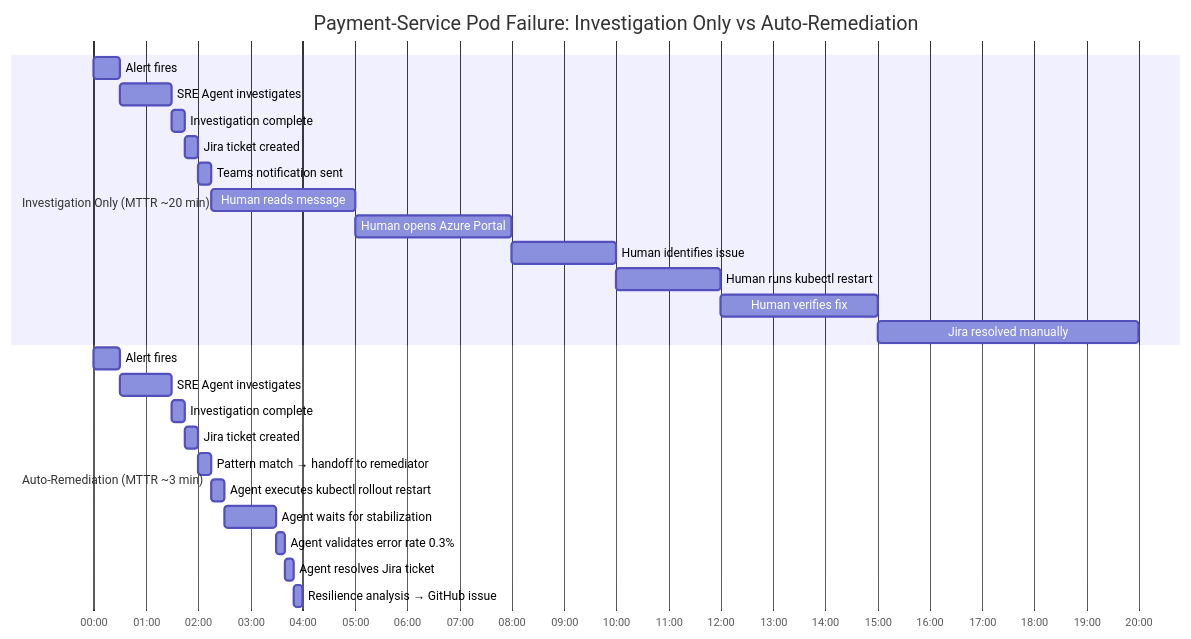
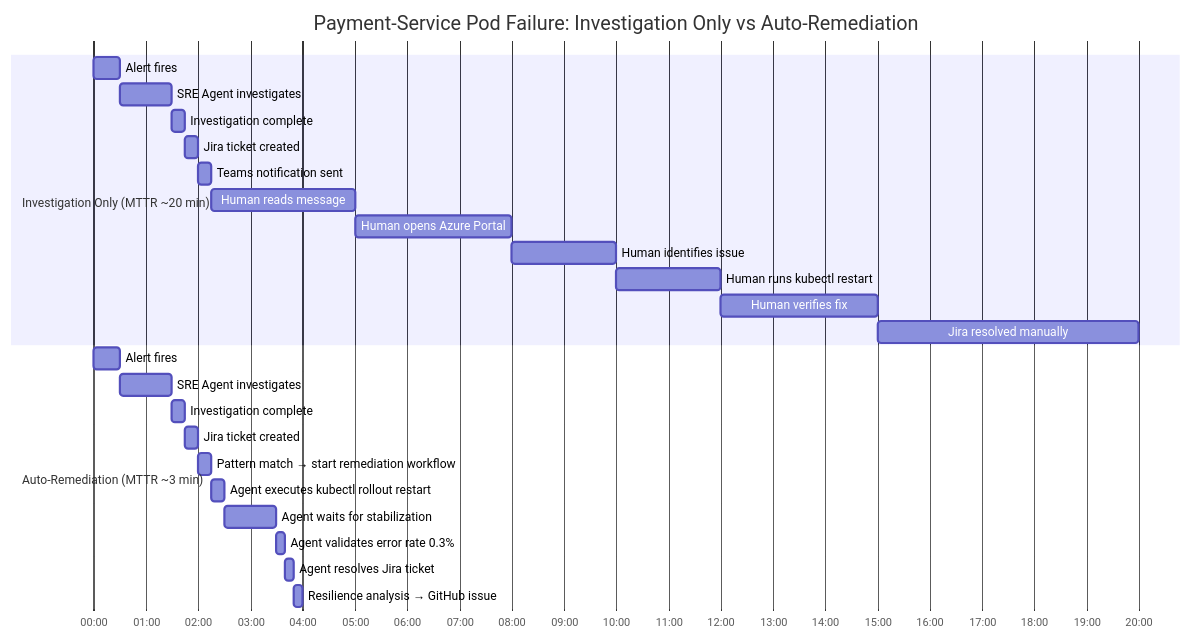
The third of 3 diagrams in docs/auto-remediation-proposal.md (san360/azure-sre), drawn with Mermaid before and after one commit. The commit also changed other lines of this file and 12 other files, not shown here.

First line of the commit message:
Refactor auto-remediation proposal and incident response architecture

````diff
--- a/docs/auto-remediation-proposal.md
+++ b/docs/auto-remediation-proposal.md
@@ -513,31 +507,31 @@
 ```mermaid
 gantt
     title Payment-Service Pod Failure: Investigation Only vs Auto-Remediation
     dateFormat  mm:ss
     axisFormat  %M:%S
 
     section Investigation Only (MTTR ~20 min)
     Alert fires                        :a1, 00:00, 30s
     SRE Agent investigates             :a2, after a1, 60s
     Investigation complete             :a3, after a2, 15s
     Jira ticket created                :a4, after a3, 15s
     Teams notification sent            :a5, after a4, 15s
     Human reads message                :a6, after a5, 165s
     Human opens Azure Portal           :a7, after a6, 180s
     Human identifies issue             :a8, after a7, 120s
     Human runs kubectl restart         :a9, after a8, 120s
     Human verifies fix                 :a10, after a9, 180s
     Jira resolved manually             :a11, after a10, 300s
 
     section Auto-Remediation (MTTR ~3 min)
     Alert fires                             :b1, 00:00, 30s
     SRE Agent investigates                  :b2, after b1, 60s
     Investigation complete                  :b3, after b2, 15s
     Jira ticket created                     :b4, after b3, 15s
-    Pattern match → handoff to remediator   :b5, after b4, 15s
+    Pattern match → start remediation workflow :b5, after b4, 15s
     Agent executes kubectl rollout restart  :b6, after b5, 15s
     Agent waits for stabilization           :b7, after b6, 60s
     Agent validates error rate 0.3%         :b8, after b7, 10s
     Agent resolves Jira ticket              :b9, after b8, 10s
     Resilience analysis → GitHub issue      :b10, after b9, 10s
 ```
````
